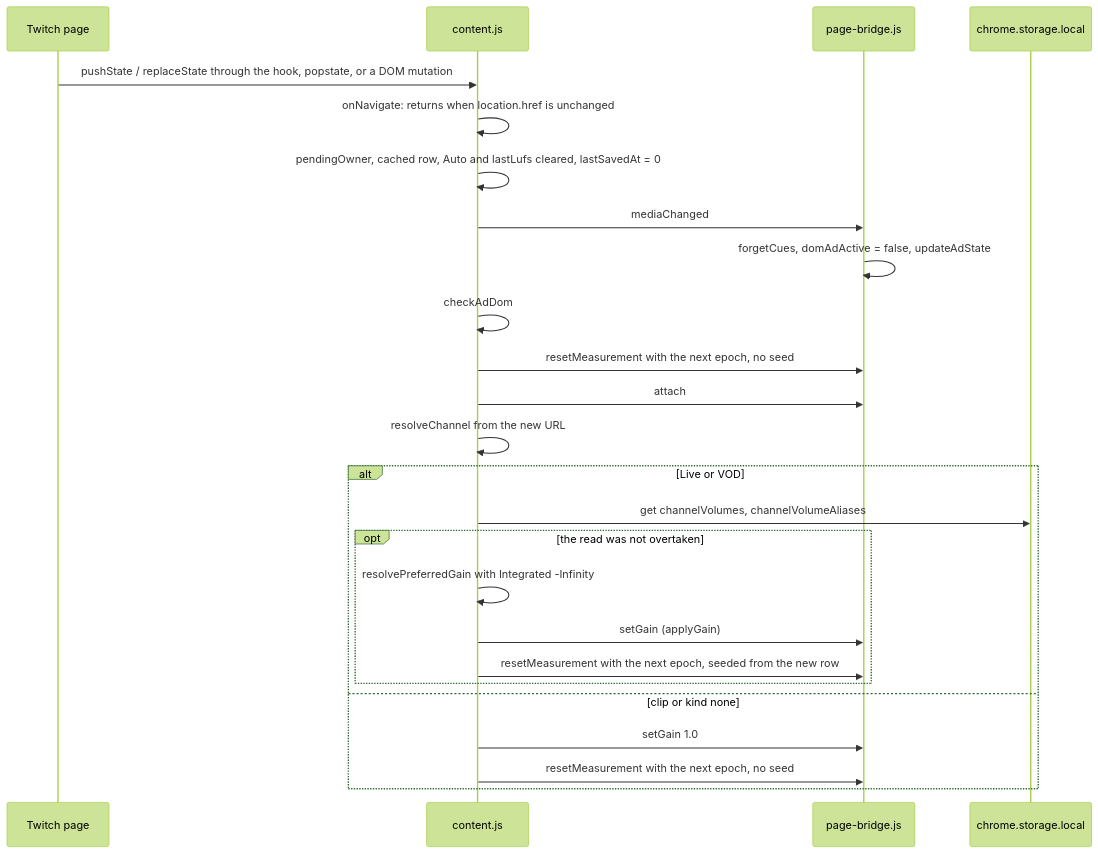
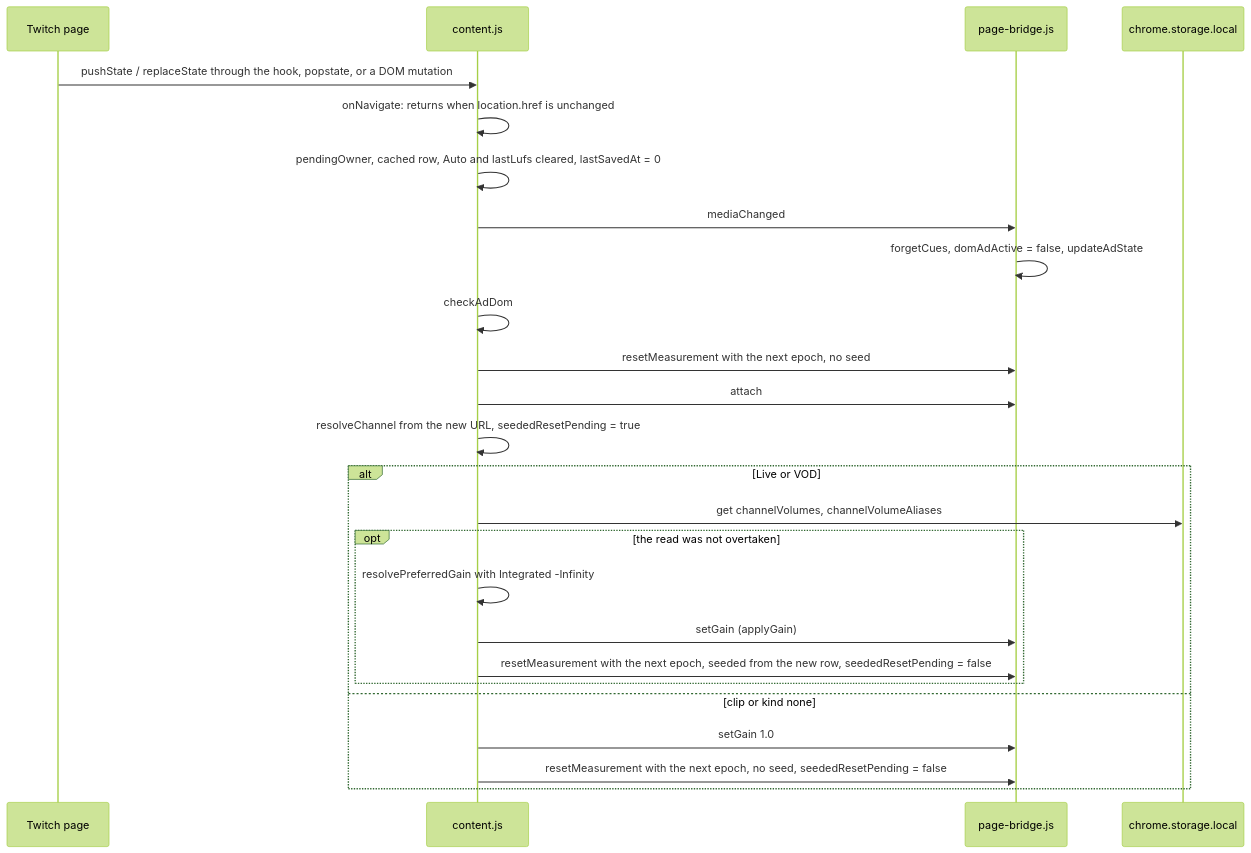
One commit to semnil/twitch-channel-volume changed the tenth of 17 diagrams in docs/gain-change-and-save.md. Above: the diagram before and after it, drawn with Mermaid (forest theme). The commit also changed other lines of this file and 4 other files, not shown here.

First line of the commit message:
fix: send the seeded measurement reset from whichever read of the row wins

````diff
--- a/docs/gain-change-and-save.md
+++ b/docs/gain-change-and-save.md
@@ -427,27 +429,27 @@
 ```mermaid
 sequenceDiagram
   participant page as Twitch page
   participant content as content.js
   participant bridge as page-bridge.js
   participant storage as chrome.storage.local
   page->>content: pushState / replaceState through the hook, popstate, or a DOM mutation
   content->>content: onNavigate: returns when location.href is unchanged
   content->>content: pendingOwner, cached row, Auto and lastLufs cleared, lastSavedAt = 0
   content->>bridge: mediaChanged
   bridge->>bridge: forgetCues, domAdActive = false, updateAdState
   content->>content: checkAdDom
   content->>bridge: resetMeasurement with the next epoch, no seed
   content->>bridge: attach
-  content->>content: resolveChannel from the new URL
+  content->>content: resolveChannel from the new URL, seededResetPending = true
   alt Live or VOD
     content->>storage: get channelVolumes, channelVolumeAliases
     opt the read was not overtaken
       content->>content: resolvePreferredGain with Integrated -Infinity
       content->>bridge: setGain (applyGain)
-      content->>bridge: resetMeasurement with the next epoch, seeded from the new row
+      content->>bridge: resetMeasurement with the next epoch, seeded from the new row, seededResetPending = false
     end
   else clip or kind none
     content->>bridge: setGain 1.0
-    content->>bridge: resetMeasurement with the next epoch, no seed
+    content->>bridge: resetMeasurement with the next epoch, no seed, seededResetPending = false
   end
 ```
````
